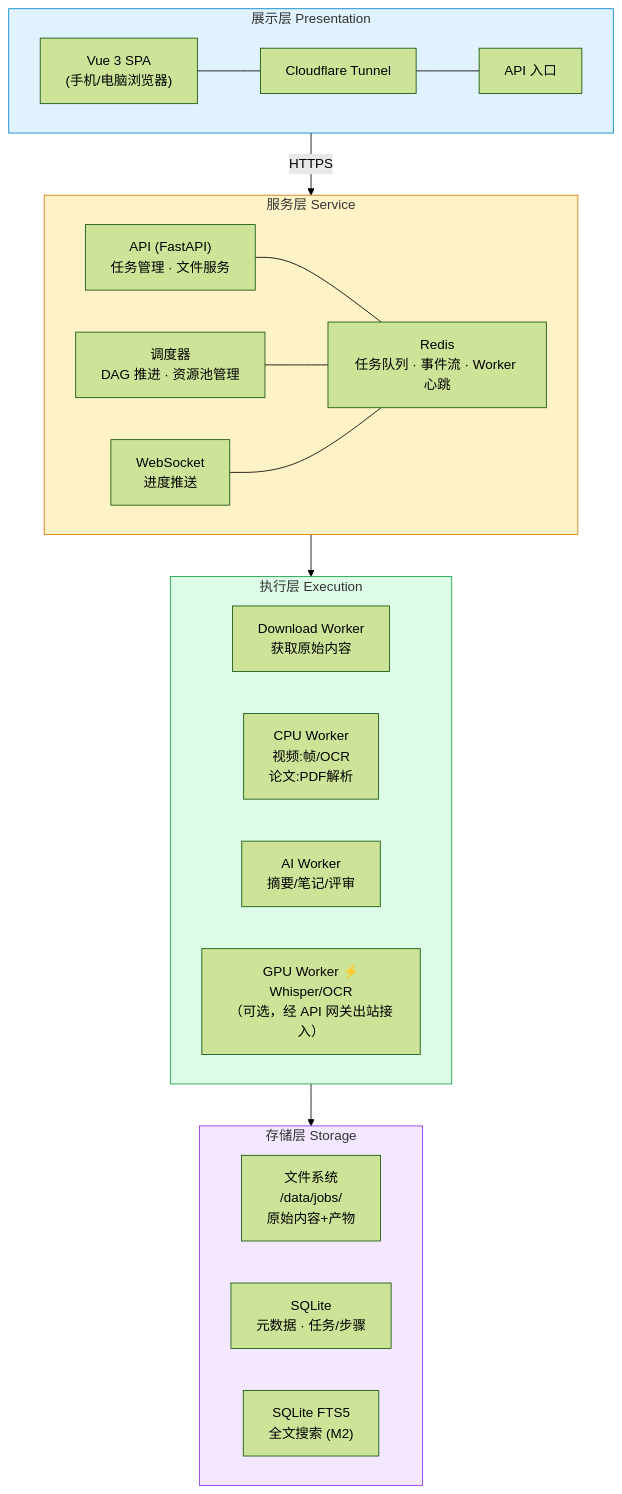
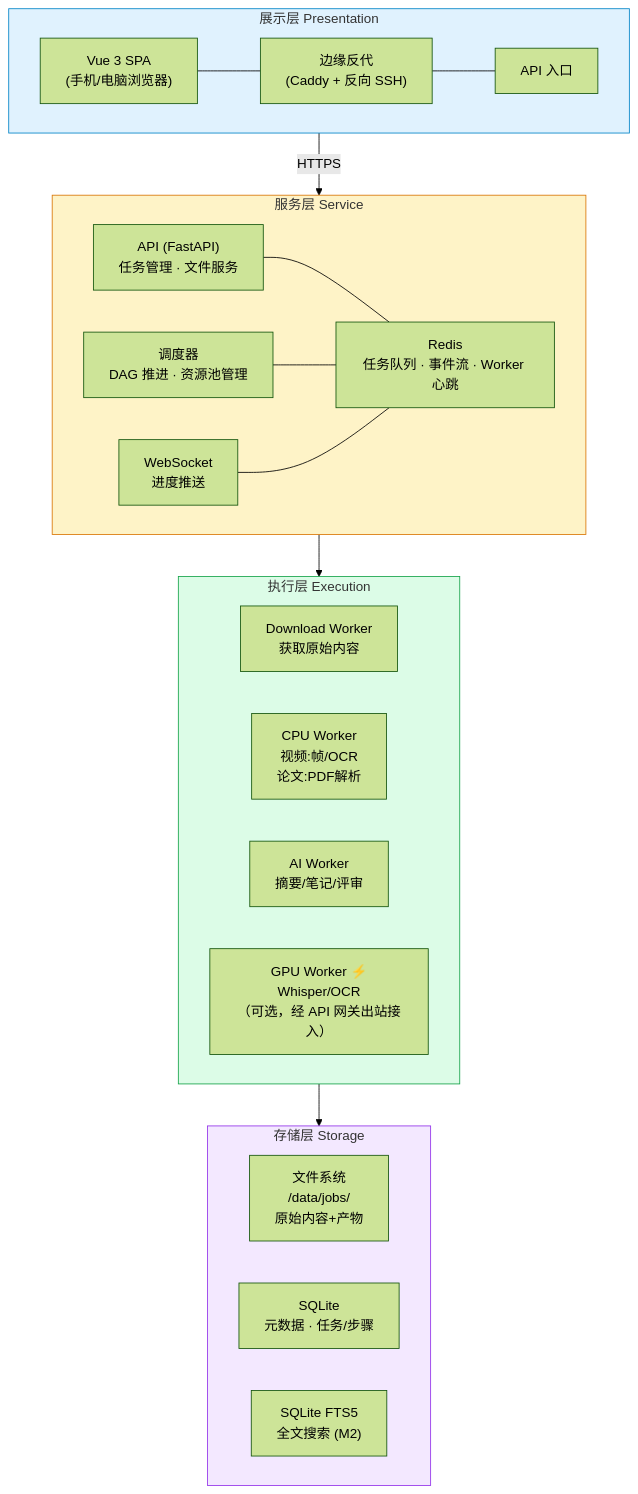
The first of 9 diagrams in docs/01-architecture.md (Gwzlchn/Mnemo), drawn with Mermaid (forest theme) before and after one commit. The commit also changed other lines of this file and 28 other files, not shown here.

````diff
--- a/docs/01-architecture.md
+++ b/docs/01-architecture.md
@@ -11,40 +11,40 @@
 ```mermaid
 graph TD
     subgraph presentation["展示层 Presentation"]
         vue["Vue 3 SPA<br/>(手机/电脑浏览器)"]
-        tunnel_p["Cloudflare Tunnel"]
+        tunnel_p["边缘反代<br/>(Caddy + 反向 SSH)"]
         vue --- tunnel_p --- api_entry["API 入口"]
     end
 
     subgraph service["服务层 Service"]
         api["API (FastAPI)<br/>任务管理 · 文件服务"]
         scheduler["调度器<br/>DAG 推进 · 资源池管理"]
         ws["WebSocket<br/>进度推送"]
         redis["Redis<br/>任务队列 · 事件流 · Worker 心跳"]
         api --- redis
         scheduler --- redis
         ws --- redis
     end
 
     subgraph execution["执行层 Execution"]
         dl["Download Worker<br/>获取原始内容"]
         cpu["CPU Worker<br/>视频:帧/OCR<br/>论文:PDF解析"]
         ai["AI Worker<br/>摘要/笔记/评审"]
         gpu["GPU Worker ⚡<br/>Whisper/OCR<br/>（可选，经 API 网关出站接入）"]
     end
 
     subgraph storage["存储层 Storage"]
         fs["文件系统<br/>/data/jobs/<br/>原始内容+产物"]
         sqlite["SQLite<br/>元数据 · 任务/步骤"]
         fts["SQLite FTS5<br/>全文搜索 (M2)"]
     end
 
     presentation -->|HTTPS| service
     service --> execution
     execution --> storage
 
     style presentation fill:#e0f2fe,stroke:#0284c7
     style service fill:#fef3c7,stroke:#d97706
     style execution fill:#dcfce7,stroke:#16a34a
     style storage fill:#f3e8ff,stroke:#9333ea
 ```
````
